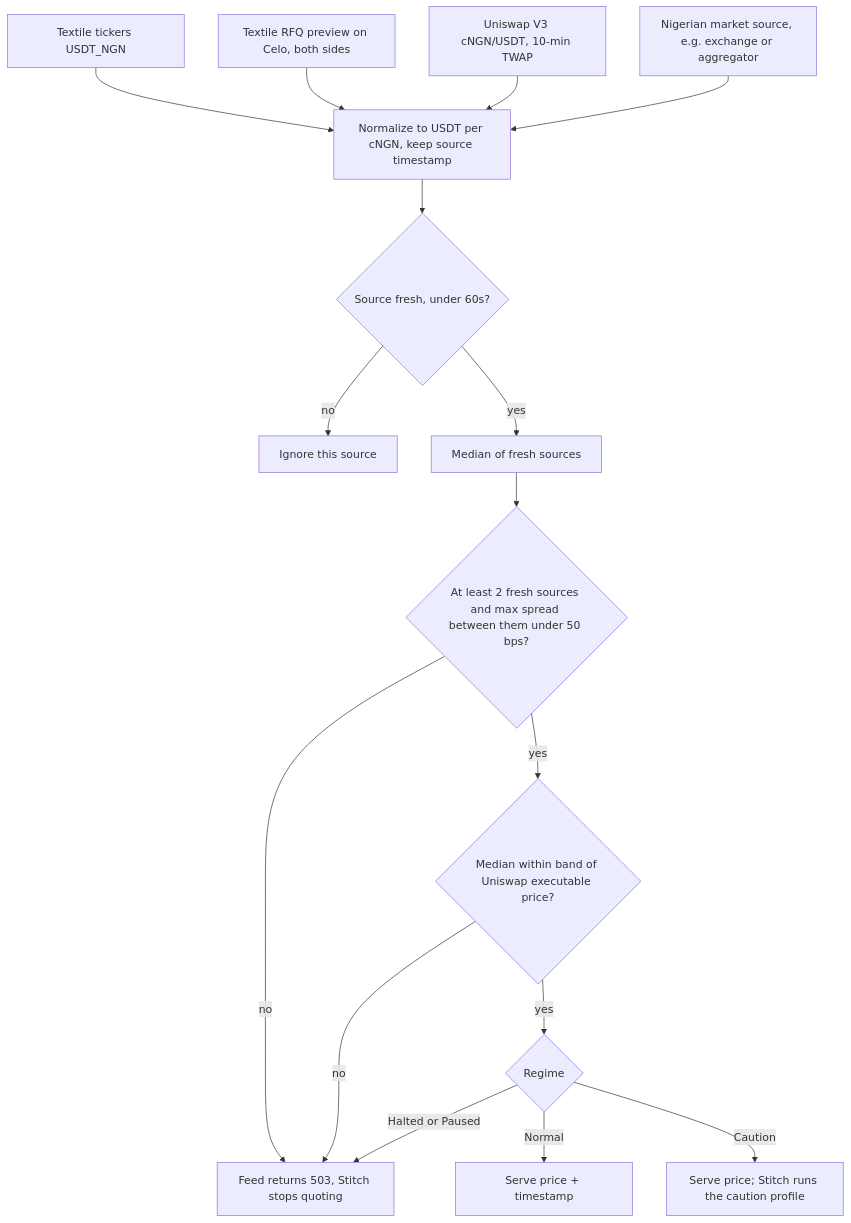
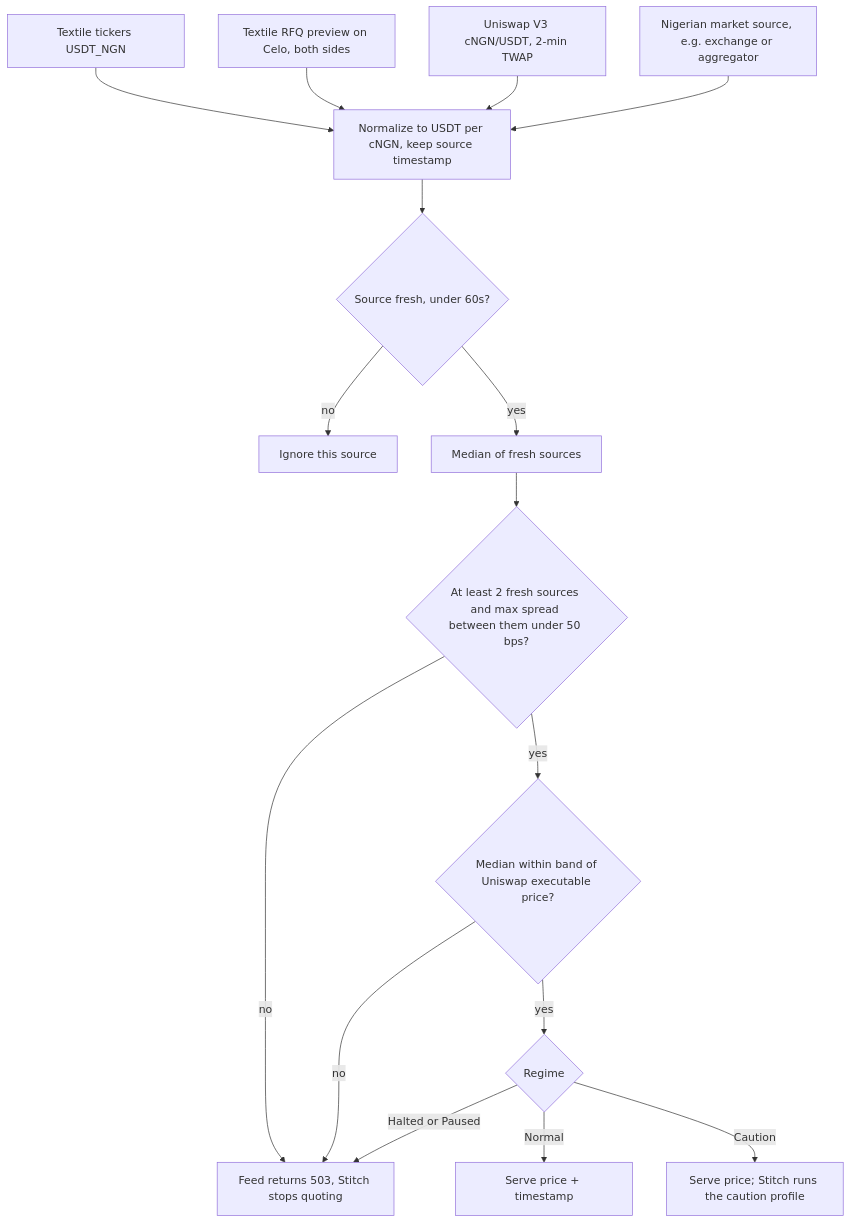
Before and after one commit to Kanasjnr/naira-desk: the eighth of 16 diagrams in docs/ARCHITECTURE.md, drawn with Mermaid. The commit also changed other lines of this file, not shown here.

````diff
--- a/docs/ARCHITECTURE.md
+++ b/docs/ARCHITECTURE.md
@@ -339,18 +346,18 @@
 ```mermaid
 flowchart TD
   S1["Textile tickers USDT_NGN"] --> NORM
   S2["Textile RFQ preview on Celo, both sides"] --> NORM
-  S3["Uniswap V3 cNGN/USDT, 10-min TWAP"] --> NORM
+  S3["Uniswap V3 cNGN/USDT, 2-min TWAP"] --> NORM
   S4["Nigerian market source, e.g. exchange or aggregator"] --> NORM
   NORM["Normalize to USDT per cNGN, keep source timestamp"] --> FRESH{"Source fresh, under 60s?"}
   FRESH -->|no| DROP["Ignore this source"]
   FRESH -->|yes| MED["Median of fresh sources"]
   MED --> AGREE{"At least 2 fresh sources and max spread between them under 50 bps?"}
   AGREE -->|no| HALT["Feed returns 503, Stitch stops quoting"]
   AGREE -->|yes| BAND{"Median within band of Uniswap executable price?"}
   BAND -->|no| HALT
   BAND -->|yes| REG{"Regime"}
   REG -->|Normal| OUT["Serve price + timestamp"]
   REG -->|Caution| OUT2["Serve price; Stitch runs the caution profile"]
   REG -->|Halted or Paused| HALT
 ```
````
